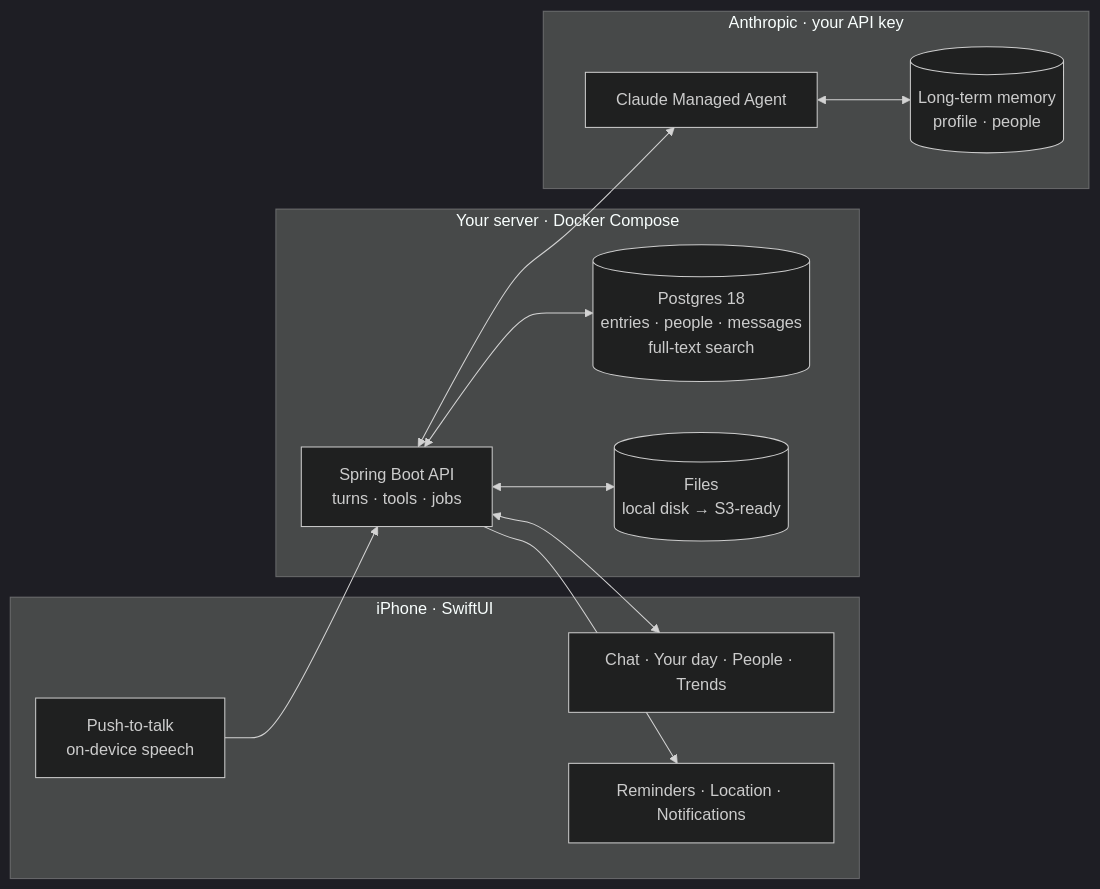
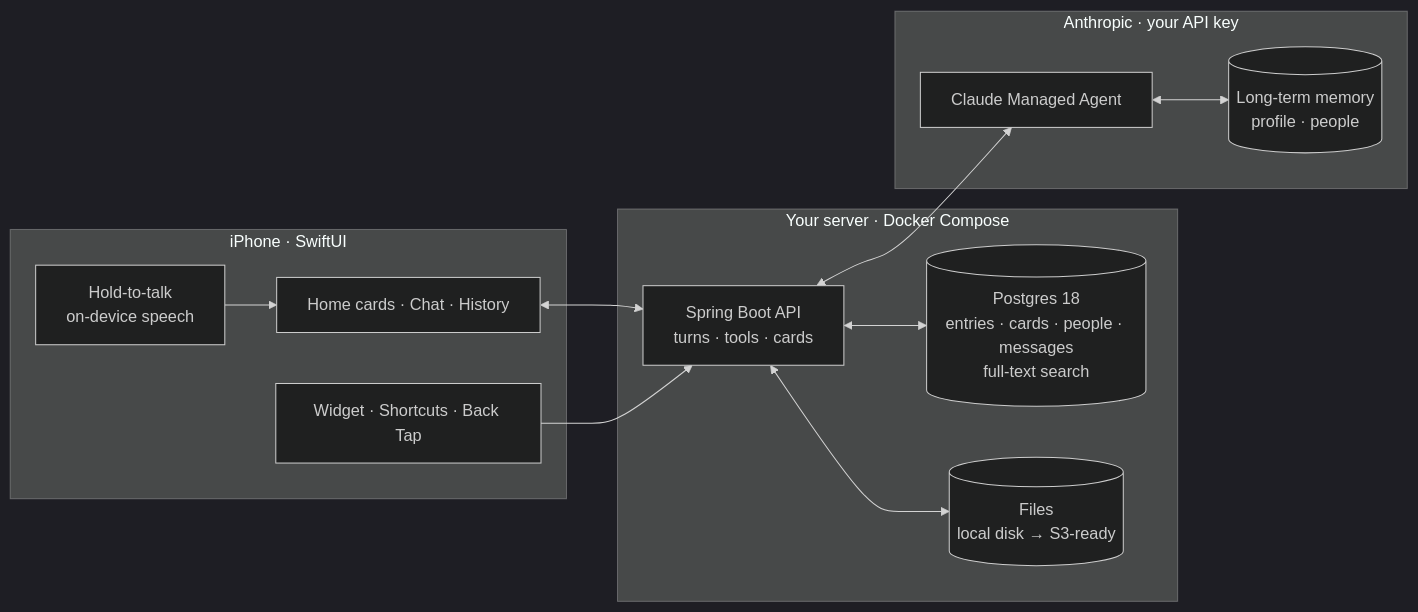
Before and after one commit to bharatekarhade/tinyme: the second of 2 diagrams in README.md, drawn with Mermaid (dark theme). The commit also changed other lines of this file and 6 other files, not shown here.

````diff
--- a/README.md
+++ b/README.md
@@ -113,27 +147,27 @@
 ```mermaid
 flowchart LR
     subgraph Phone["iPhone · SwiftUI"]
-        Mic["Push-to-talk<br/>on-device speech"]
-        UI["Chat · Your day · People · Trends"]
-        Kit["Reminders · Location · Notifications"]
+        Mic["Hold-to-talk<br/>on-device speech"]
+        UI["Home cards · Chat · History"]
+        Ext["Widget · Shortcuts · Back Tap"]
     end
 
     subgraph Server["Your server · Docker Compose"]
-        API["Spring Boot API<br/>turns · tools · jobs"]
-        PG[("Postgres 18<br/>entries · people · messages<br/>full-text search")]
+        API["Spring Boot API<br/>turns · tools · cards"]
+        PG[("Postgres 18<br/>entries · cards · people · messages<br/>full-text search")]
         Blob[("Files<br/>local disk → S3-ready")]
     end
 
     subgraph Anthropic["Anthropic · your API key"]
         Agent["Claude Managed Agent"]
         Mem[("Long-term memory<br/>profile · people")]
     end
 
-    Mic --> API
-    API <--> UI
-    API --> Kit
+    Mic --> UI
+    UI <--> API
+    Ext --> API
     API <--> PG
     API <--> Blob
     API <--> Agent
     Agent <--> Mem
 ```
````
